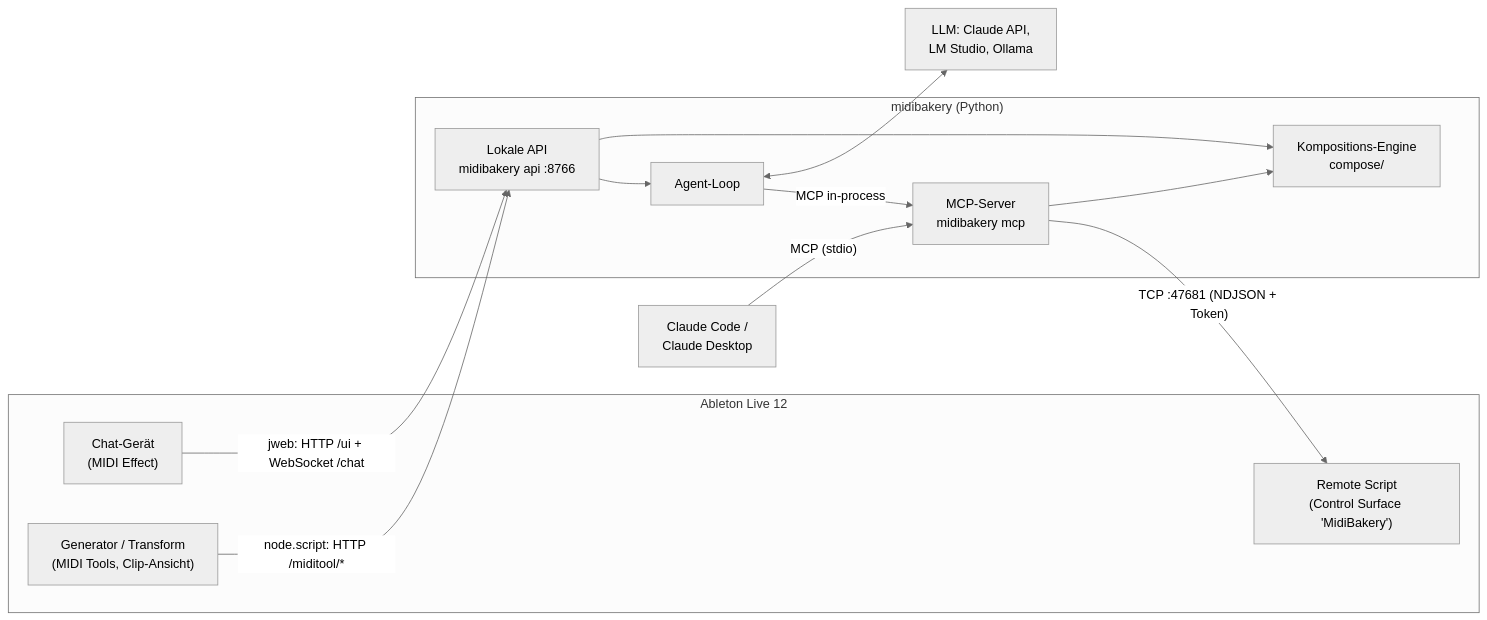
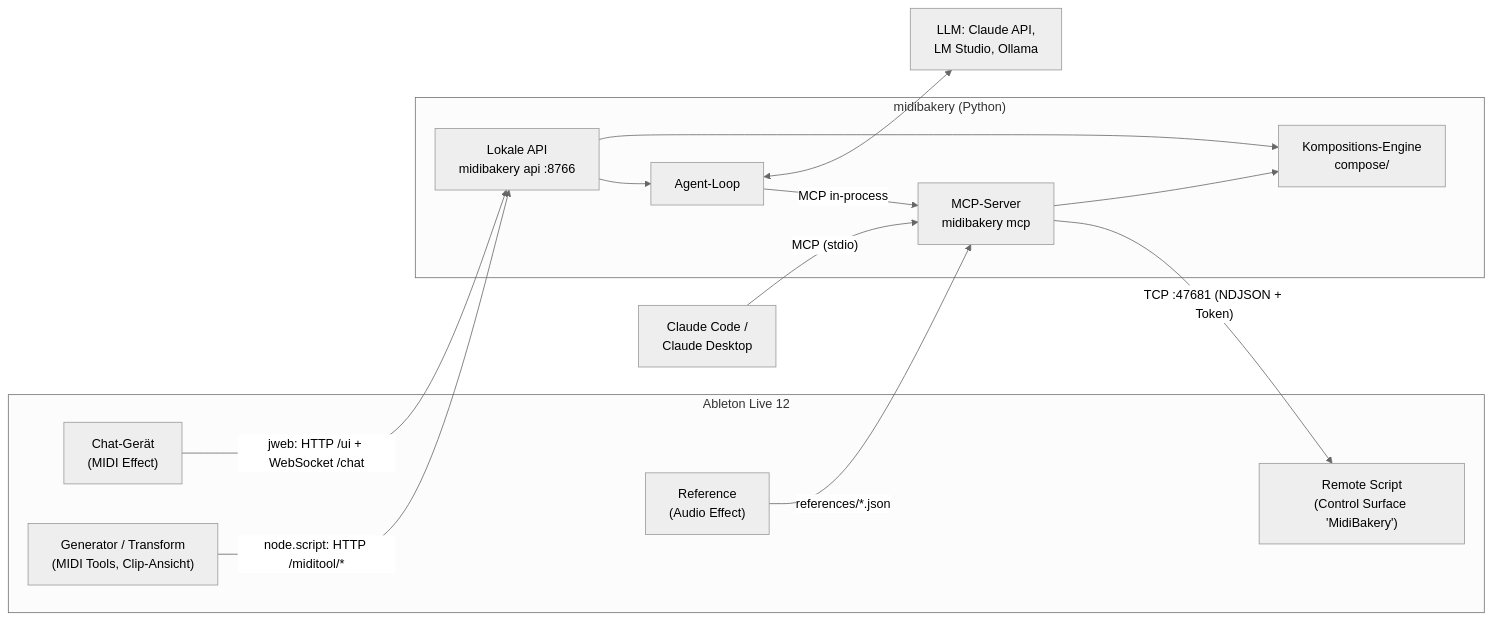
The diagram in docs/ARCHITEKTUR.md (markus-fischbacher/MidiBakery), drawn with Mermaid (neutral theme) before and after one commit. The commit also changed other lines of this file and 13 other files, not shown here.

````diff
--- a/docs/ARCHITEKTUR.md
+++ b/docs/ARCHITEKTUR.md
@@ -12,26 +13,28 @@
 ```mermaid
 flowchart LR
   subgraph Live["Ableton Live 12"]
     RS["Remote Script<br/>(Control Surface 'MidiBakery')"]
     CHAT["Chat-Gerät<br/>(MIDI Effect)"]
     TOOLS["Generator / Transform<br/>(MIDI Tools, Clip-Ansicht)"]
+    REF["Reference<br/>(Audio Effect)"]
   end
   subgraph Core["midibakery (Python)"]
     MCP["MCP-Server<br/>midibakery mcp"]
     API["Lokale API<br/>midibakery api :8766"]
     AGENT["Agent-Loop"]
     ENGINE["Kompositions-Engine<br/>compose/"]
   end
   CC["Claude Code /<br/>Claude Desktop"]
   LLM["LLM: Claude API,<br/>LM Studio, Ollama"]
 
   CC -- "MCP (stdio)" --> MCP
   MCP -- "TCP :47681 (NDJSON + Token)" --> RS
   CHAT -- "jweb: HTTP /ui + WebSocket /chat" --> API
   API --> AGENT
   AGENT -- "MCP in-process" --> MCP
   AGENT <--> LLM
   TOOLS -- "node.script: HTTP /miditool/*" --> API
+  REF -- "references/*.json" --> MCP
   API --> ENGINE
   MCP --> ENGINE
 ```
````
